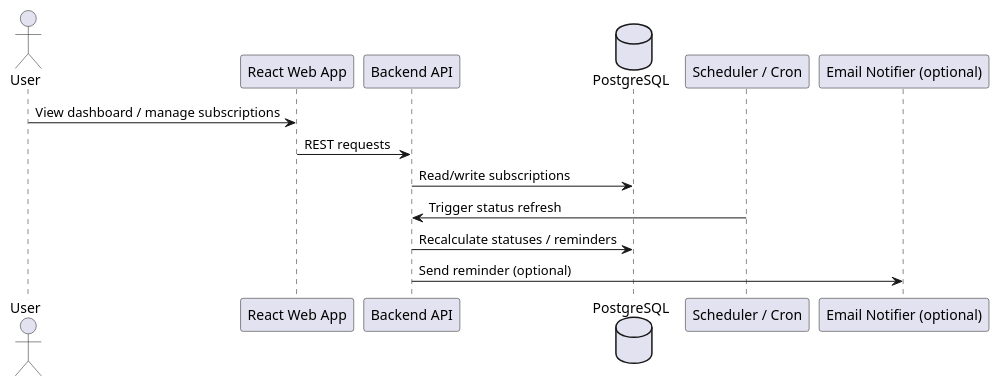
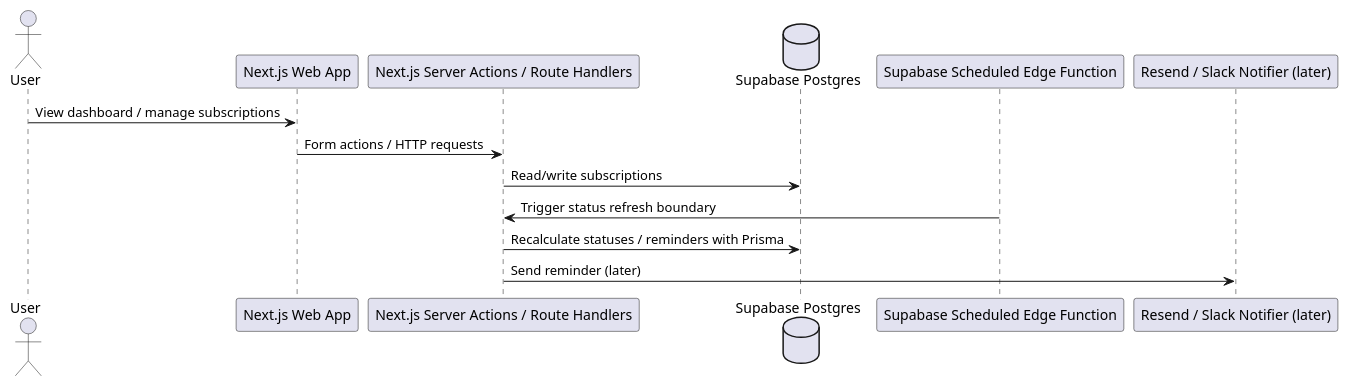
One commit to utsavmalla/subscription-tracker changed the first of 2 diagrams in md/specs/spec_subscription_tracker_mvp.md. Above: the diagram before and after it, drawn with PlantUML. The commit also changed other lines of this file and 33 other files, not shown here.

Commit message:
refactor: Deprecate the separate NestJS API with Next.js.

````diff
--- a/md/specs/spec_subscription_tracker_mvp.md
+++ b/md/specs/spec_subscription_tracker_mvp.md
@@ -88,17 +92,17 @@
 ```plantuml
 @startuml
 actor User
-participant "React Web App" as FE
-participant "Backend API" as API
-database "PostgreSQL" as DB
-participant "Scheduler / Cron" as CRON
-participant "Email Notifier (optional)" as EMAIL
+participant "Next.js Web App" as FE
+participant "Next.js Server Actions / Route Handlers" as API
+database "Supabase Postgres" as DB
+participant "Supabase Scheduled Edge Function" as CRON
+participant "Resend / Slack Notifier (later)" as NOTIFY
 
 User -> FE: View dashboard / manage subscriptions
-FE -> API: REST requests
+FE -> API: Form actions / HTTP requests
 API -> DB: Read/write subscriptions
-CRON -> API: Trigger status refresh
-API -> DB: Recalculate statuses / reminders
-API -> EMAIL: Send reminder (optional)
+CRON -> API: Trigger status refresh boundary
+API -> DB: Recalculate statuses / reminders with Prisma
+API -> NOTIFY: Send reminder (later)
 @enduml
 ```
````
